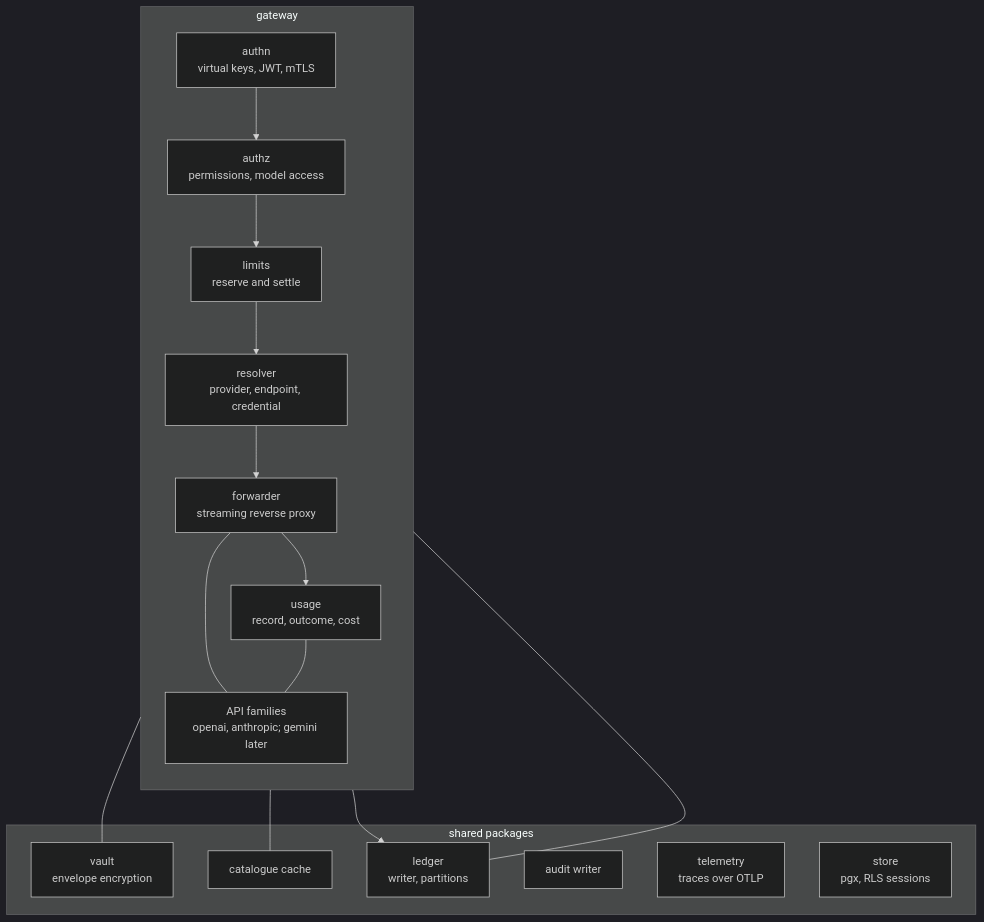
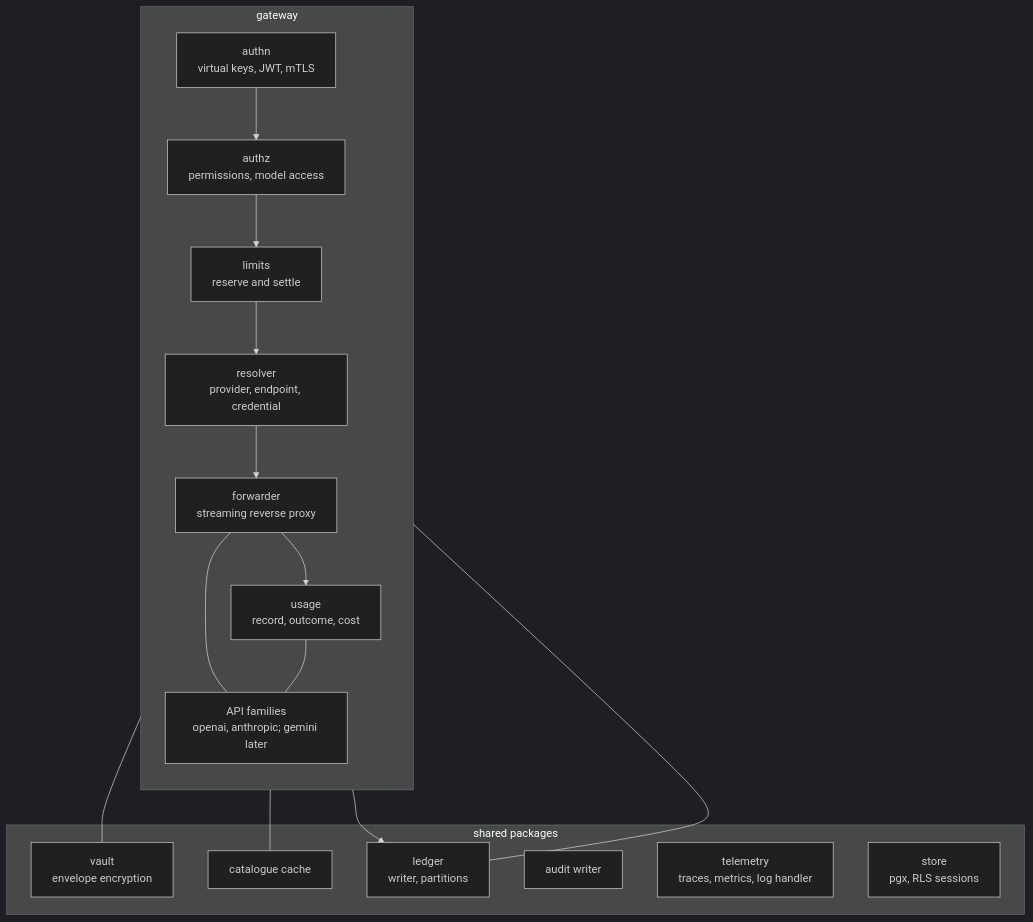
Before and after one commit to pandokos/pandokos: the second of 5 diagrams in docs/architecture/overview.md, drawn with Mermaid (dark theme). The commit also changed other lines of this file and 19 other files, not shown here.

First line of the commit message:
docs: sprint 6.1 telemetry guide, metrics and log references, ADR 0062 and 0063, OBS-07

````diff
--- a/docs/architecture/overview.md
+++ b/docs/architecture/overview.md
@@ -94,28 +94,28 @@
 ```mermaid
 flowchart TB
     subgraph gateway
         direction TB
         authn[authn<br/>virtual keys, JWT, mTLS]
         authz[authz<br/>permissions, model access]
         limits[limits<br/>reserve and settle]
         resolve[resolver<br/>provider, endpoint, credential]
         fwd[forwarder<br/>streaming reverse proxy]
         families[API families<br/>openai, anthropic; gemini later]
         meter[usage<br/>record, outcome, cost]
     end
     subgraph shared[shared packages]
         vault[vault<br/>envelope encryption]
         catalog[catalogue cache]
         ledger[ledger<br/>writer, partitions]
         audit[audit writer]
-        telemetry[telemetry<br/>traces over OTLP]
+        telemetry[telemetry<br/>traces, metrics, log handler]
         store[store<br/>pgx, RLS sessions]
     end
     authn --> authz --> limits --> resolve --> fwd --> meter
     fwd --- families
     meter --- families
     resolve --- vault
     resolve --- catalog
     meter --> ledger
     limits --- ledger
 ```
````
